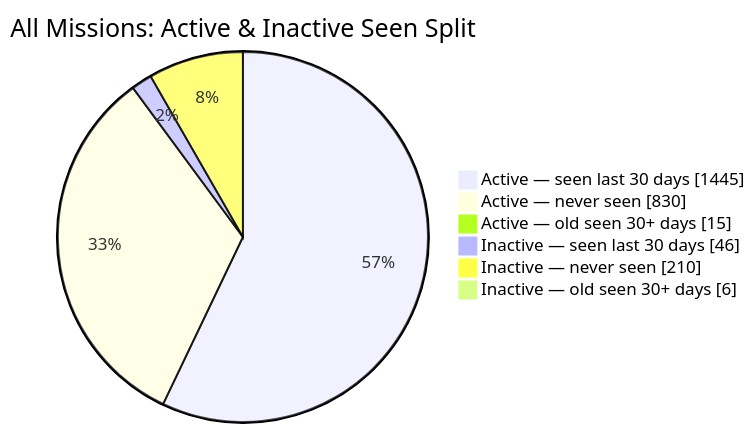
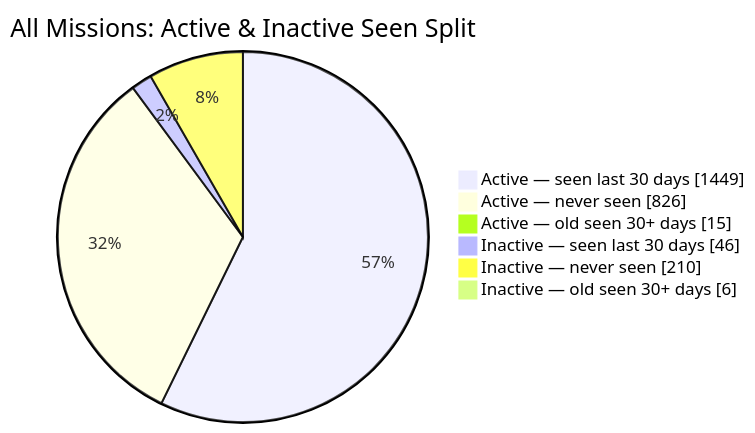
One commit to MeldkamerspelGameTeam/active-missions changed the second of 2 diagrams in README.md. Above: the diagram before and after it, drawn with Mermaid. The commit also changed other lines of this file and 2 other files, not shown here.

````diff
--- a/README.md
+++ b/README.md
@@ -44,10 +44,10 @@
 ```mermaid
 pie showData
     title All Missions: Active & Inactive Seen Split
-    "Active — seen last 30 days" : 1445
-    "Active — never seen" : 830
+    "Active — seen last 30 days" : 1449
+    "Active — never seen" : 826
     "Active — old seen 30+ days" : 15
     "Inactive — seen last 30 days" : 46
     "Inactive — never seen" : 210
     "Inactive — old seen 30+ days" : 6
 ```
````
